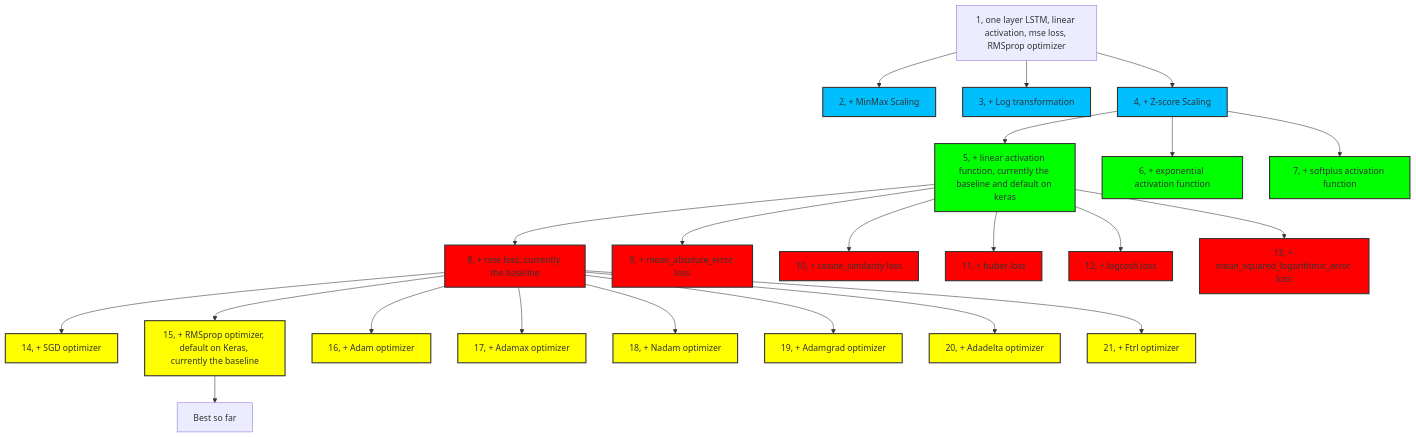
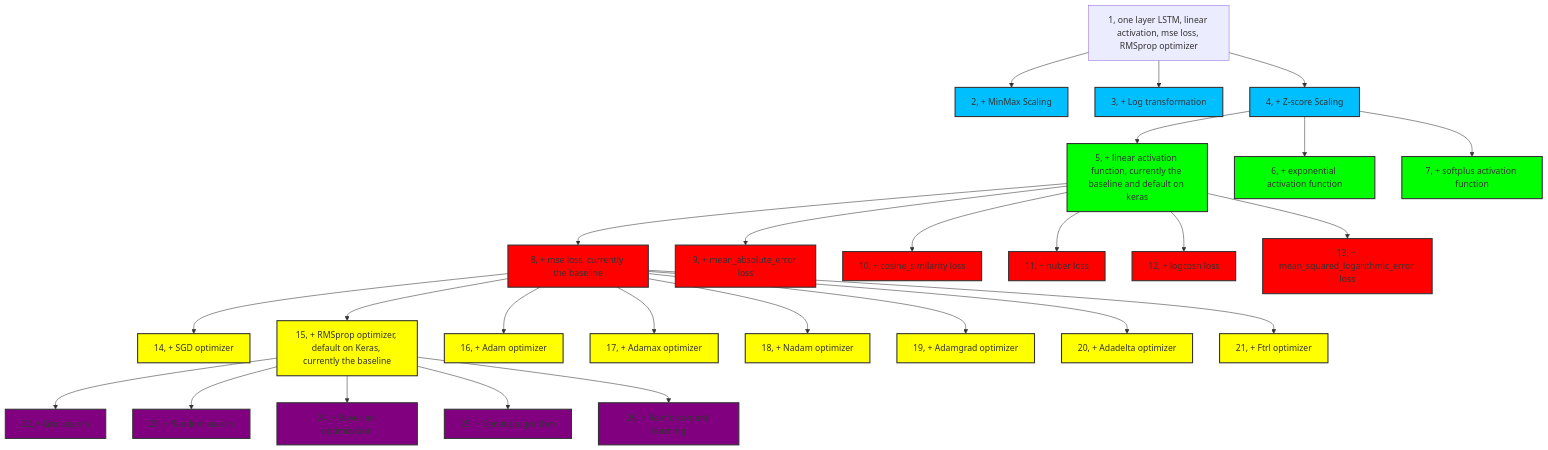
The diagram in src/models/LSTM/LSTM_regressor/experiment_hierarchy.md (zihaozeng0021/currency-exchange-rate-forecasting), drawn with Mermaid before and after one commit. The commit also changed 11 other files, not shown here.

````diff
--- a/src/models/LSTM/LSTM_regressor/experiment_hierarchy.md
+++ b/src/models/LSTM/LSTM_regressor/experiment_hierarchy.md
@@ -1,38 +1,45 @@
 ```mermaid
 graph TD
     1[1, one layer LSTM, linear activation, mse loss, RMSprop optimizer] --> 2[2, + MinMax Scaling]
     1 --> 3[3, + Log transformation]
     1 --> 4[4, + Z-score Scaling]
     4 --> 5[5, + linear activation function, currently the baseline and default on keras]
     4 --> 6[6, + exponential activation function]
     4 --> 7[7, + softplus activation function]
     5 --> 8[8, + mse loss, currently the baseline]
     5 --> 9[9, + mean_absolute_error loss]
     5 --> 10[10, + cosine_similarity loss]
     5 --> 11[11, + huber loss]
     5 --> 12[12, + logcosh loss]
     5 --> 13[13, + mean_squared_logarithmic_error loss]
     8 --> 14[14, + SGD optimizer]
     8 --> 15[15, + RMSprop optimizer, default on Keras, currently the baseline]
     8 --> 16[16, + Adam optimizer]
     8 --> 17[17, + Adamax optimizer]
     8 --> 18[18, + Nadam optimizer]
     8 --> 19[19, + Adamgrad optimizer]
     8 --> 20[20, + Adadelta optimizer]
     8 --> 21[21, + Ftrl optimizer]
-    15 --> 22[Best so far]
+    15 --> 22[22, + Grid search]
+    15 --> 23[23, + Random search]
+    15 --> 24[24, + Bayesian optimization]
+    15 --> 25[25, + Genetic algorithm]
+    15 --> 26[26, + Reinforcement learning]
     
     
     classDef brightBlue fill:#00BFFF,stroke:#333,stroke-width:2px;
     class 2,3,4 brightBlue;
     
     classDef brightGreen fill:#00FF00,stroke:#333,stroke-width:2px;
     class 5,6,7 brightGreen;
     
     classDef brightRed fill:#FF0000,stroke:#333,stroke-width:2px;
     class 8,9,10,11,12,13 brightRed;
     
     classDef brightYellow fill:#FFFF00,stroke:#333,stroke-width:2px;
     class 14,15,16,17,18,19,20,21 brightYellow;
     
+    classDef brightPurple fill:#800080,stroke:#333,stroke-width:2px;
+    class 22,23,24,25,26 brightPurple;
+    
 ```
````
